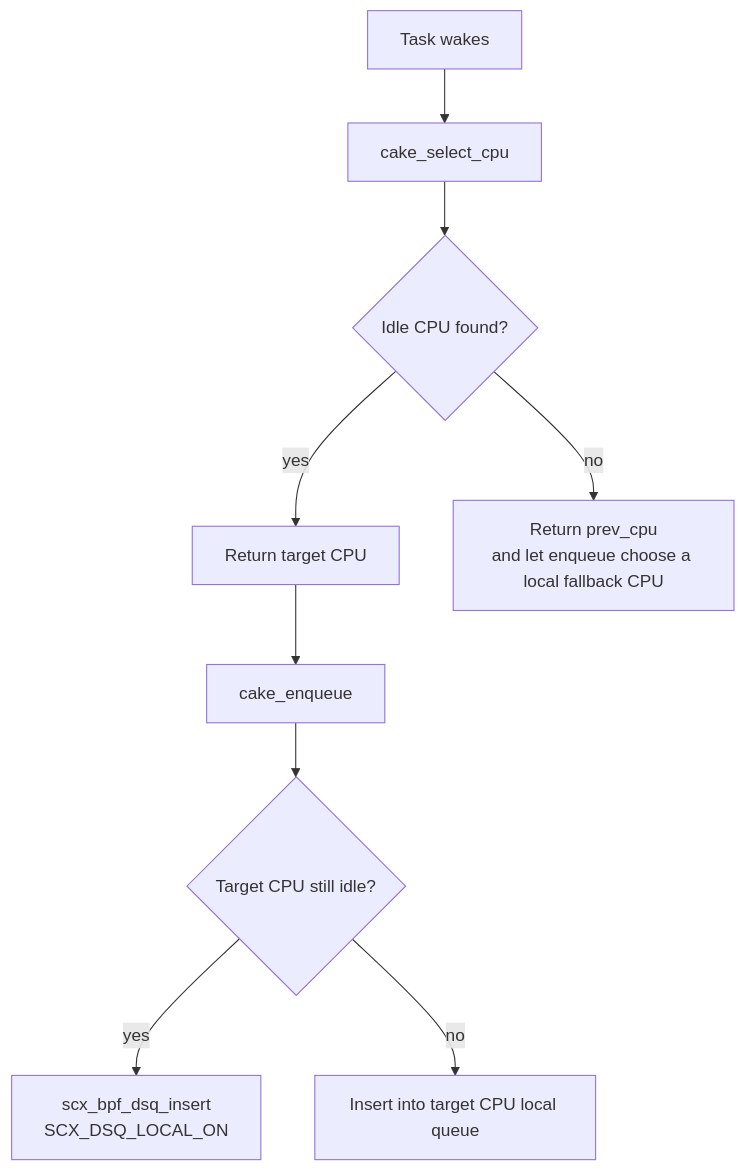
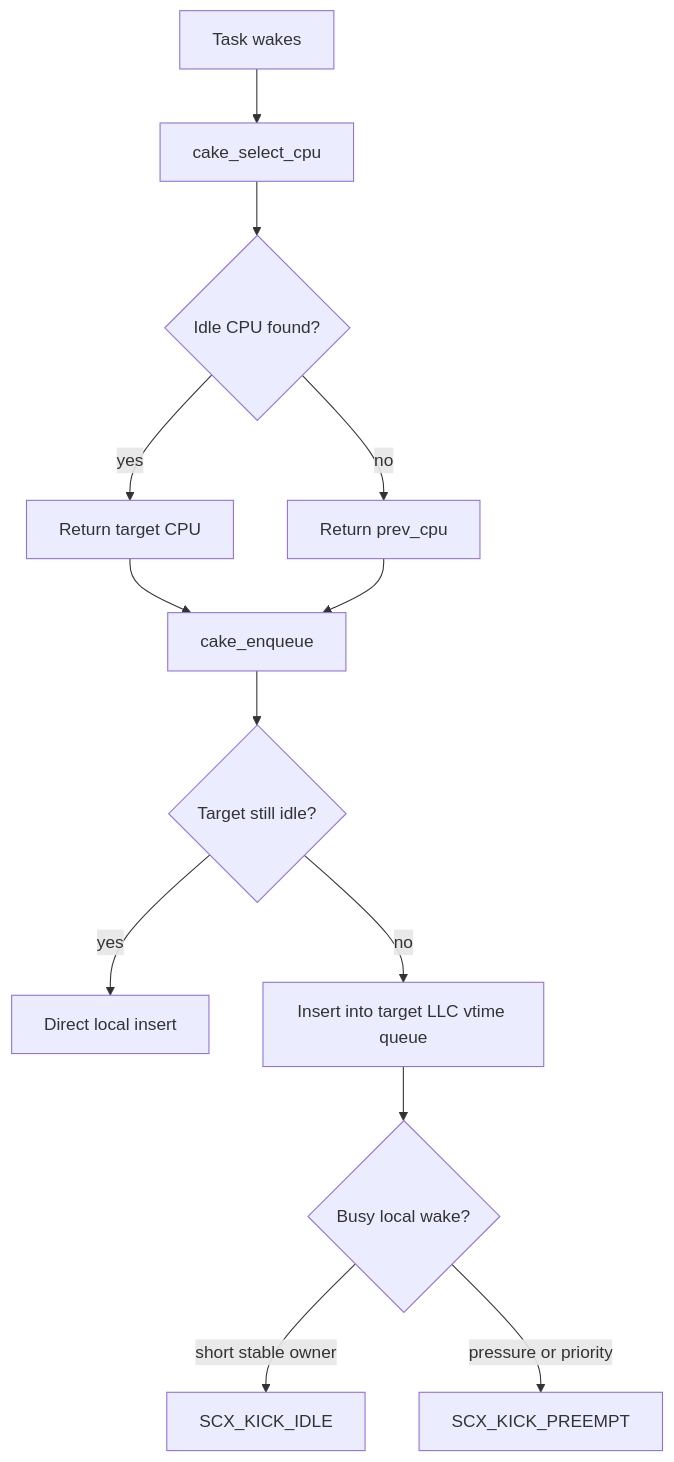
The first of 2 diagrams in scheds/rust/scx_cake/README.md (RitzDaCat/scx), drawn with Mermaid before and after one commit. The commit also changed other lines of this file and 22 other files, not shown here.

Commit message:
scx_cake: checkpoint llc-vtime nightly baseline

````diff
--- a/scheds/rust/scx_cake/README.md
+++ b/scheds/rust/scx_cake/README.md
@@ -284,11 +153,15 @@
 ```mermaid
 flowchart TD
     W[Task wakes] --> SC[cake_select_cpu]
-    SC --> G1{Idle CPU found?}
-    G1 -->|yes| CPU[Return target CPU]
-    G1 -->|no| PREV[Return prev_cpu<br/>and let enqueue choose a local fallback CPU]
-    CPU --> EQ[cake_enqueue]
-    EQ --> DD{Target CPU still idle?}
-    DD -->|yes| LOCAL[scx_bpf_dsq_insert<br/>SCX_DSQ_LOCAL_ON]
-    DD -->|no| LOCALQ[Insert into target CPU local queue]
+    SC --> I{Idle CPU found?}
+    I -->|yes| C[Return target CPU]
+    I -->|no| P[Return prev_cpu]
+    C --> E[cake_enqueue]
+    P --> E
+    E --> D{Target still idle?}
+    D -->|yes| L[Direct local insert]
+    D -->|no| Q[Insert into target LLC vtime queue]
+    Q --> B{Busy local wake?}
+    B -->|short stable owner| KI[SCX_KICK_IDLE]
+    B -->|pressure or priority| KP[SCX_KICK_PREEMPT]
 ```
````
